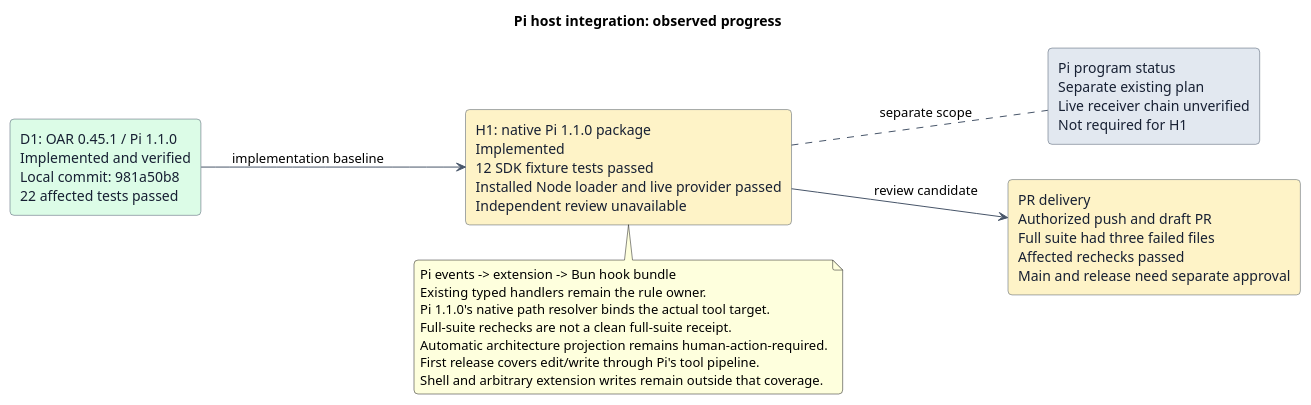
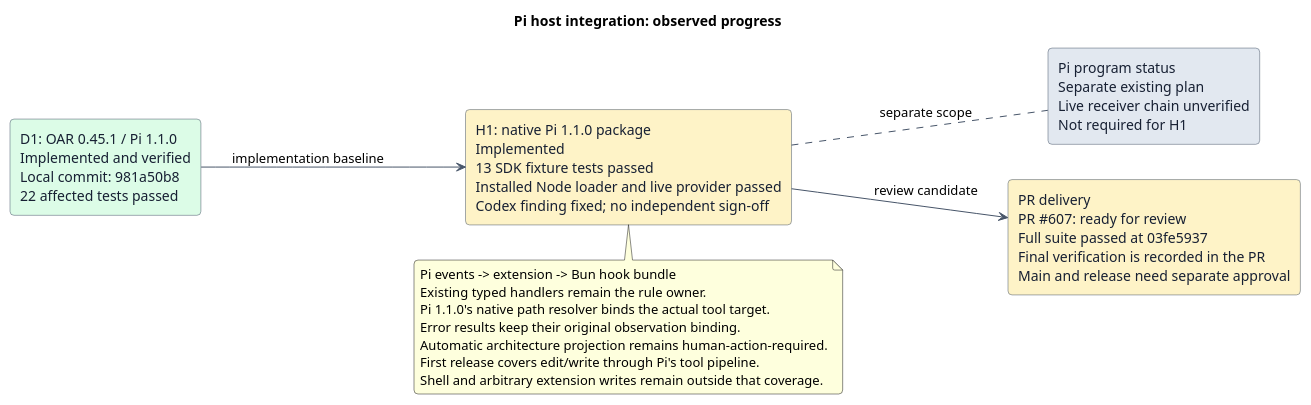
One commit to Ancienttwo/repo-harness changed the diagram in plans/plan-20261009-pi-host-integration.puml. Above: the diagram before and after it, drawn with PlantUML. The commit also changed 5 other files, not shown here.

```diff
--- a/plans/plan-20261009-pi-host-integration.puml
+++ b/plans/plan-20261009-pi-host-integration.puml
@@ -1,34 +1,34 @@
 @startuml
 ' Snapshot: 2026-10-09 Asia/Singapore
 ' Source base: 98c30ab6228b94f5e46c8cc3290de281eb0e4a99
 ' Dependency commit: 981a50b871f9b5238a7bca72d031e0927d397769
 skinparam shadowing false
 skinparam roundCorner 8
 skinparam defaultFontName SansSerif
 skinparam ArrowColor #475569
 skinparam rectangleBorderColor #475569
 skinparam rectangleFontColor #172033
 skinparam backgroundColor #FFFFFF
 left to right direction
 
 title Pi host integration: observed progress
 
 rectangle "D1: OAR 0.45.1 / Pi 1.1.0\nImplemented and verified\nLocal commit: 981a50b8\n22 affected tests passed" as deps #DCFCE7
-rectangle "H1: native Pi 1.1.0 package\nImplemented\n12 SDK fixture tests passed\nInstalled Node loader and live provider passed\nIndependent review unavailable" as host #FEF3C7
+rectangle "H1: native Pi 1.1.0 package\nImplemented\n13 SDK fixture tests passed\nInstalled Node loader and live provider passed\nCodex finding fixed; no independent sign-off" as host #FEF3C7
 rectangle "Pi program status\nSeparate existing plan\nLive receiver chain unverified\nNot required for H1" as status #E2E8F0
-rectangle "PR delivery\nAuthorized push and draft PR\nFull suite had three failed files\nAffected rechecks passed\nMain and release need separate approval" as delivery #FEF3C7
+rectangle "PR delivery\nPR #607: ready for review\nFull suite passed at 03fe5937\nFinal verification is recorded in the PR\nMain and release need separate approval" as delivery #FEF3C7
 
 deps --> host : implementation baseline
 host --> delivery : review candidate
 host .. status : separate scope
 
 note bottom of host
   Pi events -> extension -> Bun hook bundle
   Existing typed handlers remain the rule owner.
   Pi 1.1.0's native path resolver binds the actual tool target.
-  Full-suite rechecks are not a clean full-suite receipt.
+  Error results keep their original observation binding.
   Automatic architecture projection remains human-action-required.
   First release covers edit/write through Pi's tool pipeline.
   Shell and arbitrary extension writes remain outside that coverage.
 end note
 @enduml
```
